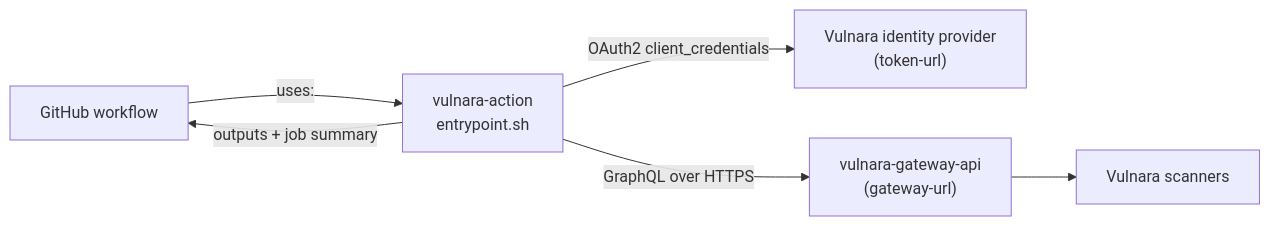
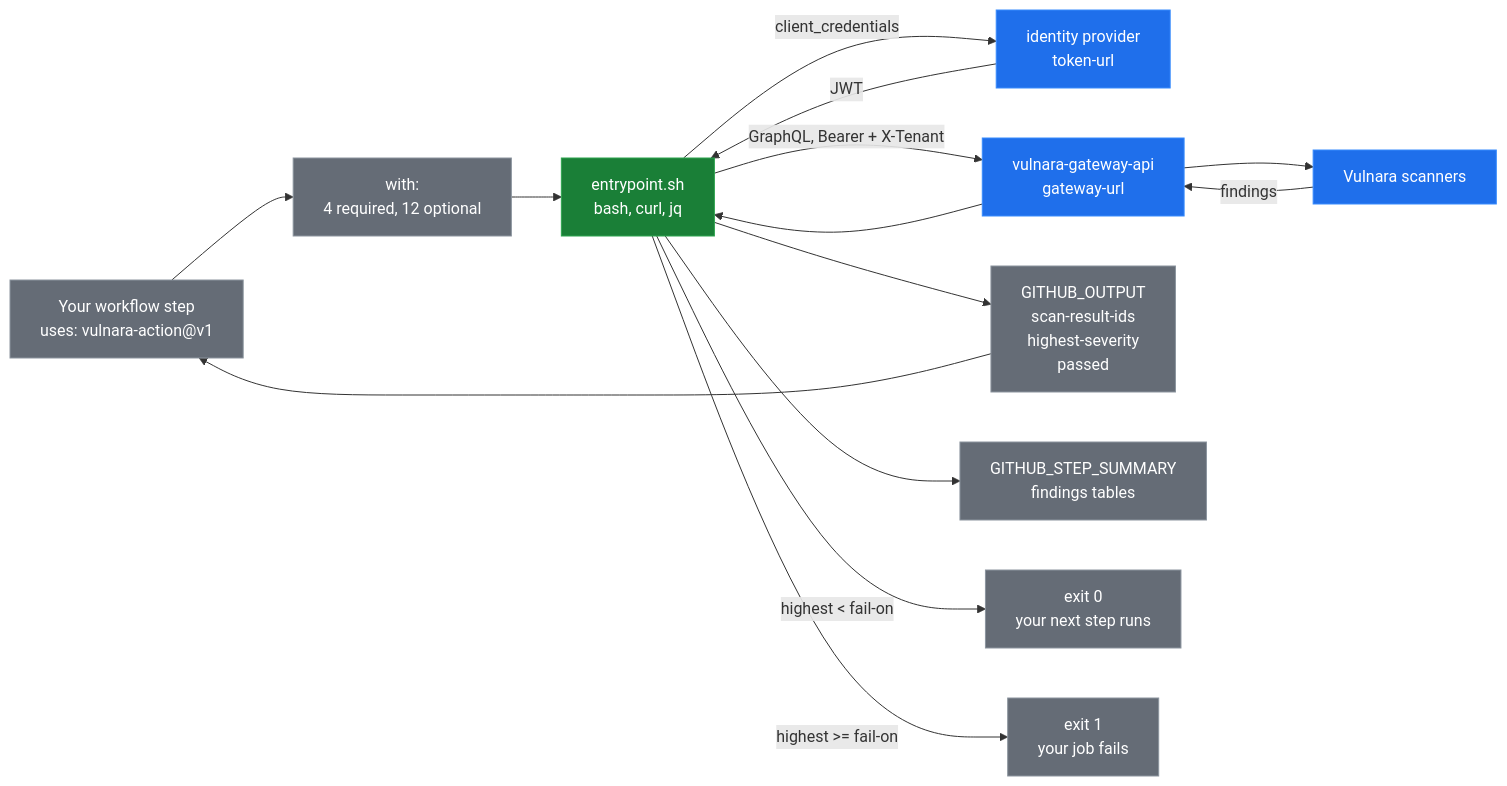
The diagram in README.md (theorigamicorporation/vulnara-action), drawn with Mermaid before and after one commit. The commit also changed other lines of this file and 1 other file, not shown here.

Commit message:
docs: draw the consumer view of the action and colour the diagrams (#26)
The README diagram now shows what a consumer needs: the step, the
inputs, the two hosts the action contacts, the outputs it writes and
the two exit codes that gate their job. Applies the fleet palette to
both flowcharts.

action.yml, the README input table and the input and output surface are
untouched.

````diff
--- a/README.md
+++ b/README.md
@@ -65,8 +65,37 @@
 ```mermaid
 flowchart LR
-    WF["GitHub workflow"] -->|"uses:"| ACT["vulnara-action<br/>entrypoint.sh"]
-    ACT -->|"OAuth2 client_credentials"| IDP["Vulnara identity provider<br/>(token-url)"]
-    ACT -->|"GraphQL over HTTPS"| GW["vulnara-gateway-api<br/>(gateway-url)"]
-    GW --> SCAN["Vulnara scanners"]
-    ACT -->|"outputs + job summary"| WF
+    WF["Your workflow step<br/>uses: vulnara-action@v1"]
+    IN["with:<br/>4 required, 12 optional"]
+    ACT["entrypoint.sh<br/>bash, curl, jq"]
+    IDP["identity provider<br/>token-url"]
+    GW["vulnara-gateway-api<br/>gateway-url"]
+    SCAN["Vulnara scanners"]
+    OUT["GITHUB_OUTPUT<br/>scan-result-ids<br/>highest-severity<br/>passed"]
+    SUM["GITHUB_STEP_SUMMARY<br/>findings tables"]
+    PASS["exit 0<br/>your next step runs"]
+    FAIL["exit 1<br/>your job fails"]
+
+    WF --> IN
+    IN --> ACT
+    ACT -->|"client_credentials"| IDP
+    IDP -->|"JWT"| ACT
+    ACT -->|"GraphQL, Bearer + X-Tenant"| GW
+    GW --> SCAN
+    SCAN -->|"findings"| GW
+    GW --> ACT
+    ACT --> OUT
+    ACT --> SUM
+    OUT --> WF
+    ACT -->|"highest &lt; fail-on"| PASS
+    ACT -->|"highest &gt;= fail-on"| FAIL
+
+    classDef svc fill:#1f6feb,stroke:#388bfd,color:#ffffff
+    classDef db fill:#8250df,stroke:#a371f7,color:#ffffff
+    classDef mq fill:#bf8700,stroke:#d29922,color:#ffffff
+    classDef ext fill:#656c76,stroke:#8b949e,color:#ffffff
+    classDef self fill:#1a7f37,stroke:#2da44e,color:#ffffff
+
+    class WF,IN,OUT,SUM,PASS,FAIL ext
+    class ACT self
+    class IDP,GW,SCAN svc
 ```
````
